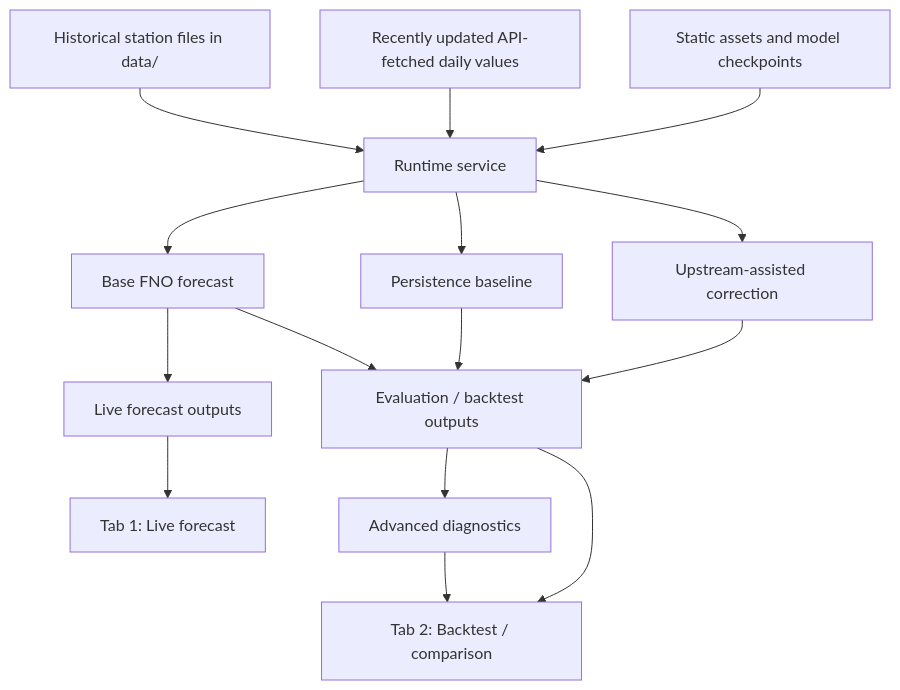
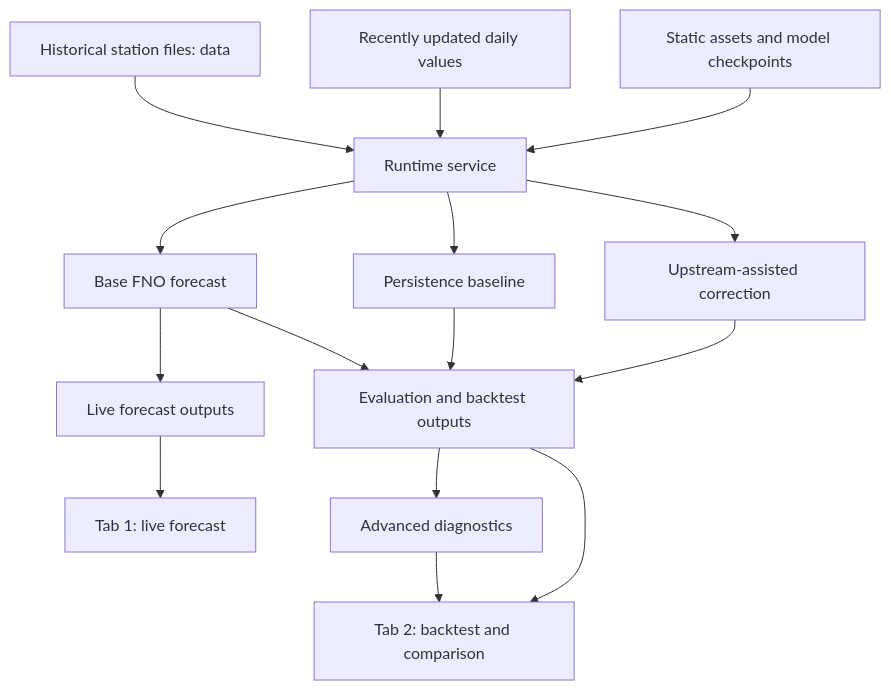
Before and after one commit to aten2001/mekong_fno: the first of 2 diagrams in docs/architecture.md, drawn with Mermaid. The commit also changed other lines of this file and 9 other files, not shown here.

````diff
--- a/docs/architecture.md
+++ b/docs/architecture.md
@@ -48,20 +48,20 @@
 ```mermaid
 flowchart TD
-    A[Historical station files in data/] --> D[Runtime service]
-    B[Recently updated API-fetched daily values] --> D
-    C[Static assets and model checkpoints] --> D
+    HIST["Historical station files: data"] --> RUNTIME["Runtime service"]
+    LIVE["Recently updated daily values"] --> RUNTIME
+    ASSETS["Static assets and model checkpoints"] --> RUNTIME
 
-    D --> E[Base FNO forecast]
-    D --> F[Persistence baseline]
-    D --> G[Upstream-assisted correction]
+    RUNTIME --> FNO["Base FNO forecast"]
+    RUNTIME --> PERSIST["Persistence baseline"]
+    RUNTIME --> ASSIST["Upstream-assisted correction"]
 
-    E --> H[Live forecast outputs]
-    F --> I[Evaluation / backtest outputs]
-    G --> I
-    E --> I
+    FNO --> LIVE_OUT["Live forecast outputs"]
+    PERSIST --> EVAL["Evaluation and backtest outputs"]
+    ASSIST --> EVAL
+    FNO --> EVAL
 
-    I --> J[Advanced diagnostics]
-    H --> K[Tab 1: Live forecast]
-    I --> L[Tab 2: Backtest / comparison]
-    J --> L
+    EVAL --> DIAG["Advanced diagnostics"]
+    LIVE_OUT --> TAB1["Tab 1: live forecast"]
+    EVAL --> TAB2["Tab 2: backtest and comparison"]
+    DIAG --> TAB2
 ```
````
